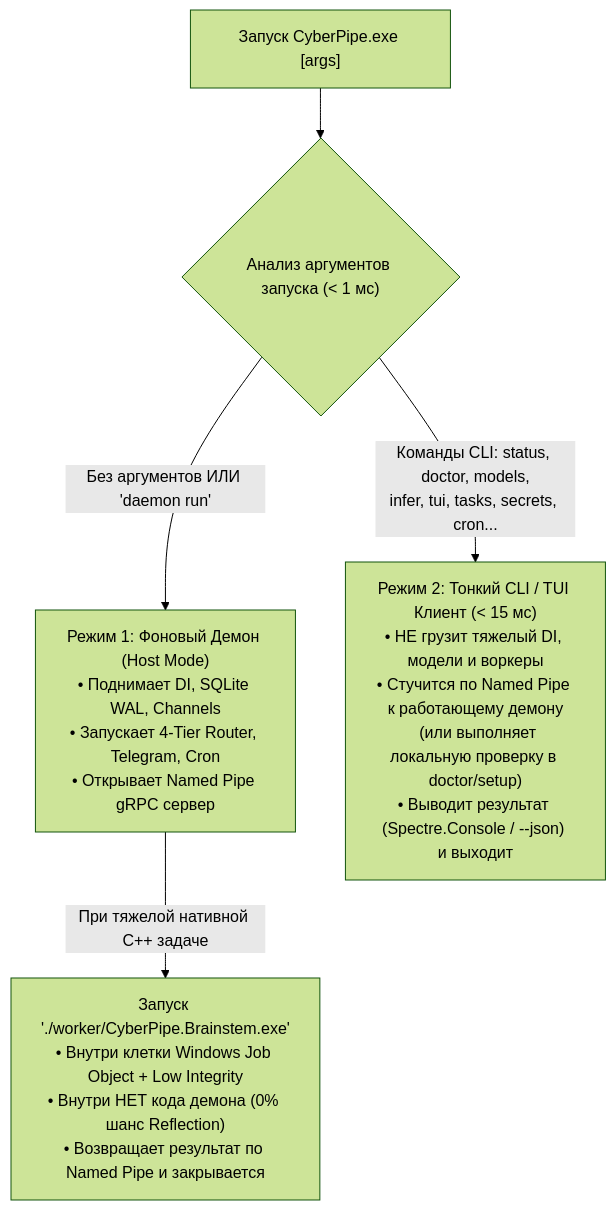
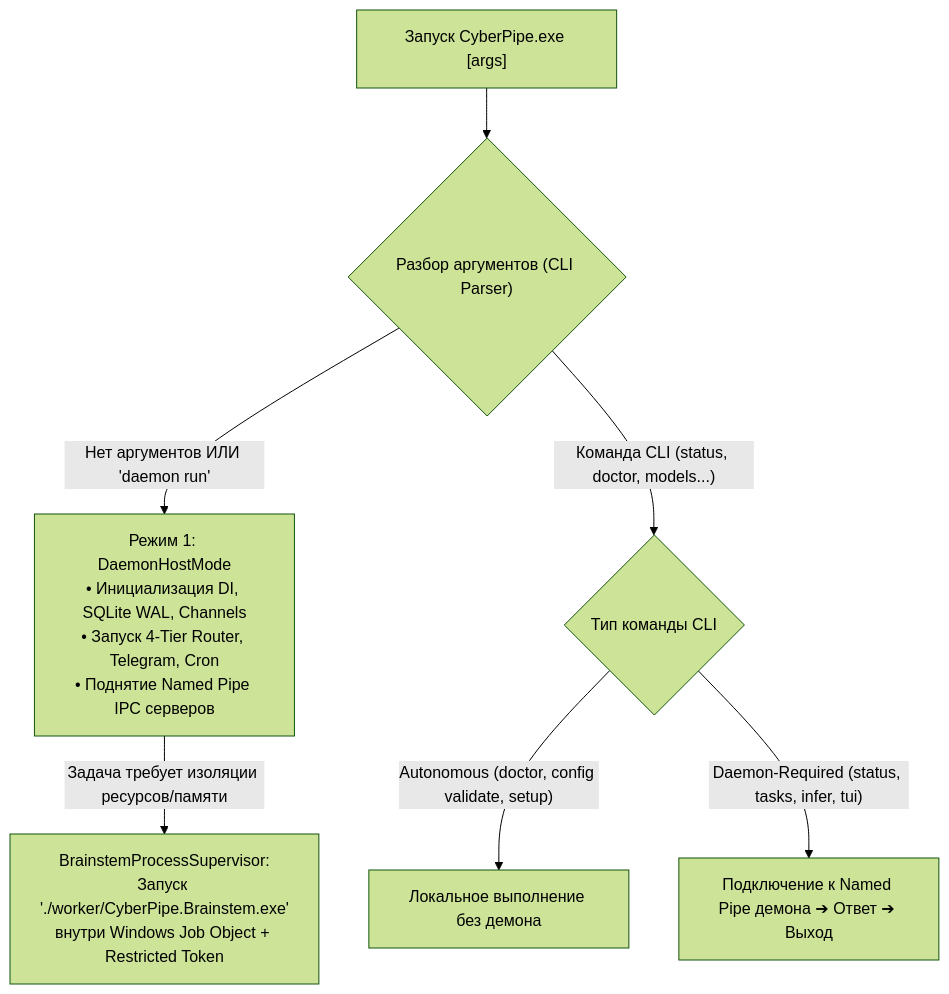
Before and after one commit to abberdeen/CyberPipe: the diagram in docs/plans/15-cli-and-execution-modes.md, drawn with Mermaid (forest theme). The commit also changed other lines of this file and 6 other files, not shown here.

First line of the commit message:
docs(plans): specify Brainstem process isolation, IPC security, and CLI execution matrix

````diff
--- a/docs/plans/15-cli-and-execution-modes.md
+++ b/docs/plans/15-cli-and-execution-modes.md
@@ -21,11 +29,12 @@
 ```mermaid
 flowchart TD
-    Entry["Запуск CyberPipe.exe [args]"]
-    Entry --> CheckArgs{"Анализ аргументов запуска (< 1 мс)"}
+    Entry["Запуск CyberPipe.exe [args]"] --> Parse{"Разбор аргументов (CLI Parser)"}
 
-    CheckArgs -->|"Без аргументов ИЛИ 'daemon run'"| Mode1["Режим 1: Фоновый Демон (Host Mode)<br/>• Поднимает DI, SQLite WAL, Channels<br/>• Запускает 4-Tier Router, Telegram, Cron<br/>• Открывает Named Pipe gRPC сервер"]
+    Parse -->|"Нет аргументов ИЛИ 'daemon run'"| DaemonMode["Режим 1: DaemonHostMode<br/>• Инициализация DI, SQLite WAL, Channels<br/>• Запуск 4-Tier Router, Telegram, Cron<br/>• Поднятие Named Pipe IPC серверов"]
     
-    CheckArgs -->|"Команды CLI: status, doctor, models,<br/>infer, tui, tasks, secrets, cron..."| Mode2["Режим 2: Тонкий CLI / TUI Клиент (< 15 мс)<br/>• НЕ грузит тяжелый DI, модели и воркеры<br/>• Стучится по Named Pipe к работающему демону<br/>  (или выполняет локальную проверку в doctor/setup)<br/>• Выводит результат (Spectre.Console / --json) и выходит"]
+    Parse -->|"Команда CLI (status, doctor, models...)"| CheckCmdType{"Тип команды CLI"}
+    CheckCmdType -->|"Autonomous (doctor, config validate, setup)"| OfflineExec["Локальное выполнение без демона"]
+    CheckCmdType -->|"Daemon-Required (status, tasks, infer, tui)"| IpcExec["Подключение к Named Pipe демона ➔ Ответ ➔ Выход"]
 
-    Mode1 -->|"При тяжелой нативной C++ задаче"| Brainstem["Запуск './worker/CyberPipe.Brainstem.exe'<br/>• Внутри клетки Windows Job Object + Low Integrity<br/>• Внутри НЕТ кода демона (0% шанс Reflection)<br/>• Возвращает результат по Named Pipe и закрывается"]
+    DaemonMode -->|"Задача требует изоляции ресурсов/памяти"| SpawnBrainstem["BrainstemProcessSupervisor:<br/>Запуск './worker/CyberPipe.Brainstem.exe'<br/>внутри Windows Job Object + Restricted Token"]
 ```
````
